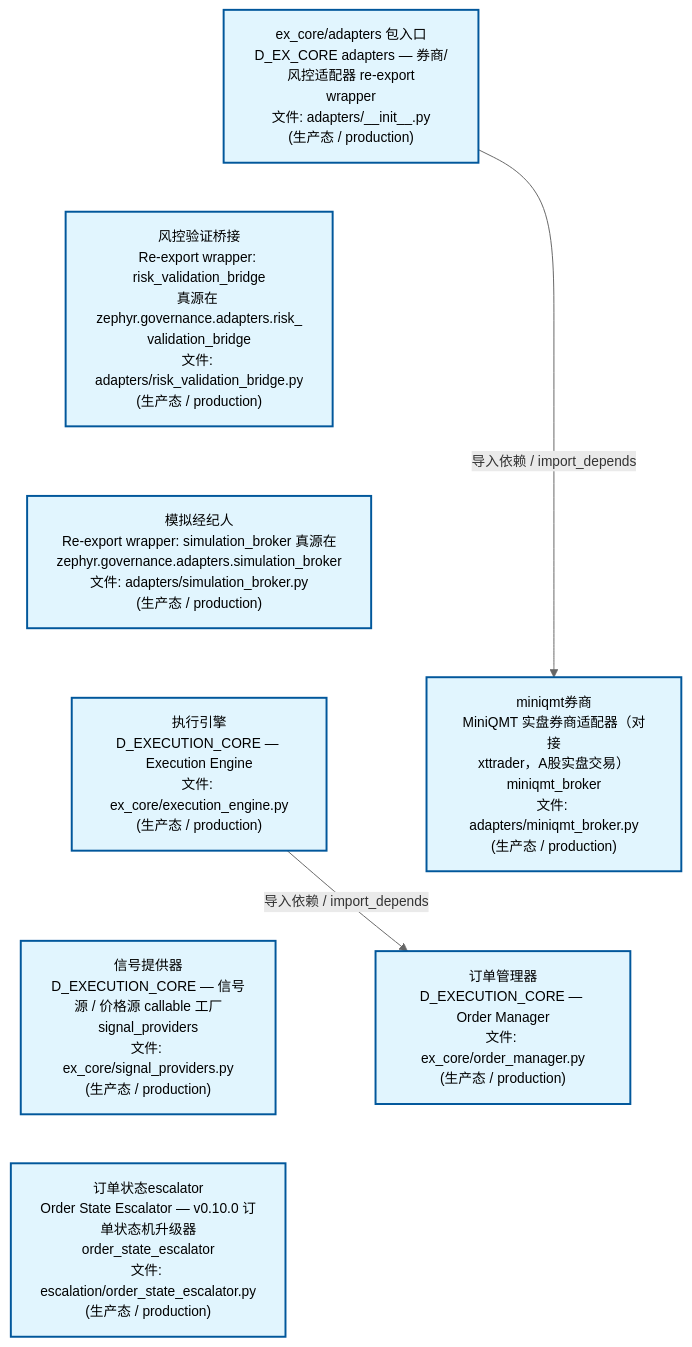
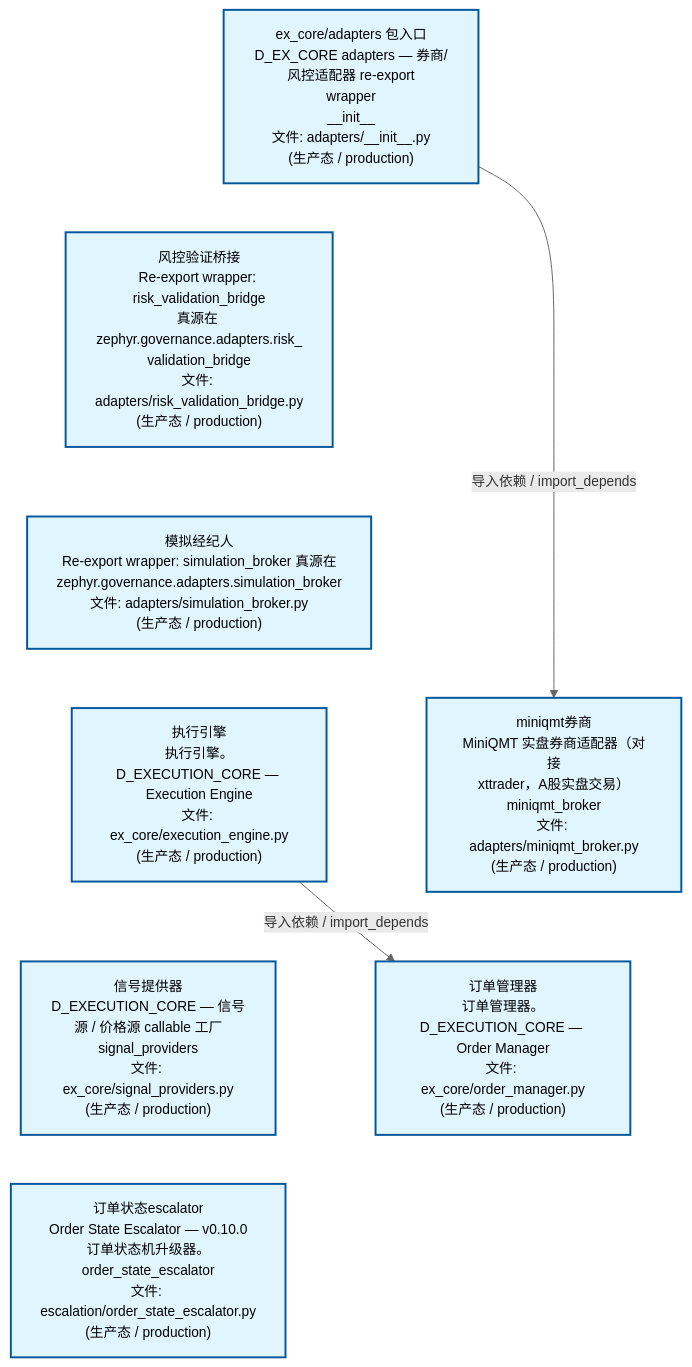
Before and after one commit to xuanFelixVan/ZephyrAlpha: the second of 4 diagrams in docs/02_enterprise_architecture/02_domain_architecture_docs/44_d_ex_core.md, drawn with Mermaid. The commit also changed other lines of this file and 61 other files, not shown here.

````diff
--- a/docs/02_enterprise_architecture/02_domain_architecture_docs/44_d_ex_core.md
+++ b/docs/02_enterprise_architecture/02_domain_architecture_docs/44_d_ex_core.md
@@ -169,25 +169,25 @@
 ```mermaid
 %%{init: {'theme': 'base', 'themeVariables': {'primaryColor': '#eaeaea', 'primaryTextColor': '#333333', 'primaryBorderColor': '#666666', 'lineColor': '#666666', 'secondaryColor': '#eaeaea', 'tertiaryColor': '#eaeaea', 'fontSize': '14px'}}}%%
 flowchart TD
-    src_zephyr_ex_core_adapters_init_py["ex_core/adapters 包入口<br/>D_EX_CORE adapters — 券商/风控适配器 re-export<br/>wrapper<br/>文件: adapters/__init__.py<br/>(生产态 / production)"]
+    src_zephyr_ex_core_adapters_init_py["ex_core/adapters 包入口<br/>D_EX_CORE adapters — 券商/风控适配器 re-export<br/>wrapper<br/>__init__<br/>文件: adapters/__init__.py<br/>(生产态 / production)"]
     src_zephyr_ex_core_adapters_risk_validation_bridge_py["风控验证桥接<br/>Re-export wrapper: risk_validation_bridge<br/>真源在 zephyr.governance.adapters.risk_<br/>validation_bridge<br/>文件: adapters/risk_validation_bridge.py<br/>(生产态 / production)"]
     src_zephyr_ex_core_adapters_simulation_broker_py["模拟经纪人<br/>Re-export wrapper: simulation_broker 真源在<br/>zephyr.governance.adapters.simulation_broker<br/>文件: adapters/simulation_broker.py<br/>(生产态 / production)"]
-    src_zephyr_ex_core_execution_engine_py["执行引擎<br/>D_EXECUTION_CORE — Execution Engine<br/>文件: ex_core/execution_engine.py<br/>(生产态 / production)"]
+    src_zephyr_ex_core_execution_engine_py["执行引擎<br/>执行引擎。D_EXECUTION_CORE — Execution Engine<br/>文件: ex_core/execution_engine.py<br/>(生产态 / production)"]
     src_zephyr_ex_core_signal_providers_py["信号提供器<br/>D_EXECUTION_CORE — 信号源 / 价格源 callable 工厂<br/>signal_providers<br/>文件: ex_core/signal_providers.py<br/>(生产态 / production)"]
-    src_zephyr_governance_escalation_order_state_escalator_py["订单状态escalator<br/>Order State Escalator — v0.10.0 订单状态机升级器<br/>order_state_escalator<br/>文件: escalation/order_state_escalator.py<br/>(生产态 / production)"]
+    src_zephyr_governance_escalation_order_state_escalator_py["订单状态escalator<br/>Order State Escalator — v0.10.0<br/>订单状态机升级器。<br/>order_state_escalator<br/>文件: escalation/order_state_escalator.py<br/>(生产态 / production)"]
     src_zephyr_ex_core_adapters_init_py ~~~ src_zephyr_ex_core_adapters_risk_validation_bridge_py
     src_zephyr_ex_core_adapters_risk_validation_bridge_py ~~~ src_zephyr_ex_core_adapters_simulation_broker_py
     src_zephyr_ex_core_adapters_simulation_broker_py ~~~ src_zephyr_ex_core_execution_engine_py
     src_zephyr_ex_core_execution_engine_py ~~~ src_zephyr_ex_core_signal_providers_py
     src_zephyr_ex_core_signal_providers_py ~~~ src_zephyr_governance_escalation_order_state_escalator_py
     src_zephyr_ex_core_adapters_miniqmt_broker_py["miniqmt券商<br/>MiniQMT 实盘券商适配器（对接<br/>xttrader，A股实盘交易）<br/>miniqmt_broker<br/>文件: adapters/miniqmt_broker.py<br/>(生产态 / production)"]
-    src_zephyr_ex_core_order_manager_py["订单管理器<br/>D_EXECUTION_CORE — Order Manager<br/>文件: ex_core/order_manager.py<br/>(生产态 / production)"]
+    src_zephyr_ex_core_order_manager_py["订单管理器<br/>订单管理器。D_EXECUTION_CORE — Order Manager<br/>文件: ex_core/order_manager.py<br/>(生产态 / production)"]
     src_zephyr_ex_core_adapters_miniqmt_broker_py ~~~ src_zephyr_ex_core_order_manager_py
     src_zephyr_ex_core_execution_engine_py -->|导入依赖 / import_depends| src_zephyr_ex_core_order_manager_py
     src_zephyr_ex_core_adapters_init_py -->|导入依赖 / import_depends| src_zephyr_ex_core_adapters_miniqmt_broker_py
     classDef production fill:#e1f5fe,stroke:#01579b,stroke-width:2px,color:#000
     classDef design fill:#fff3e0,stroke:#e65100,stroke-width:2px,color:#000,stroke-dasharray: 5 5
     classDef external_prod fill:#e8f4fd,stroke:#0277bd,stroke-width:1px,color:#000
     classDef external_design fill:#fff8e7,stroke:#ef6c00,stroke-width:1px,color:#000,stroke-dasharray: 5 5
     class src_zephyr_ex_core_adapters_init_py,src_zephyr_ex_core_adapters_miniqmt_broker_py,src_zephyr_ex_core_adapters_risk_validation_bridge_py,src_zephyr_ex_core_adapters_simulation_broker_py,src_zephyr_ex_core_execution_engine_py,src_zephyr_ex_core_order_manager_py,src_zephyr_ex_core_signal_providers_py,src_zephyr_governance_escalation_order_state_escalator_py production
 ```
````
